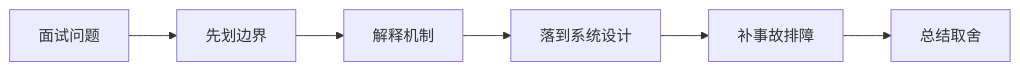
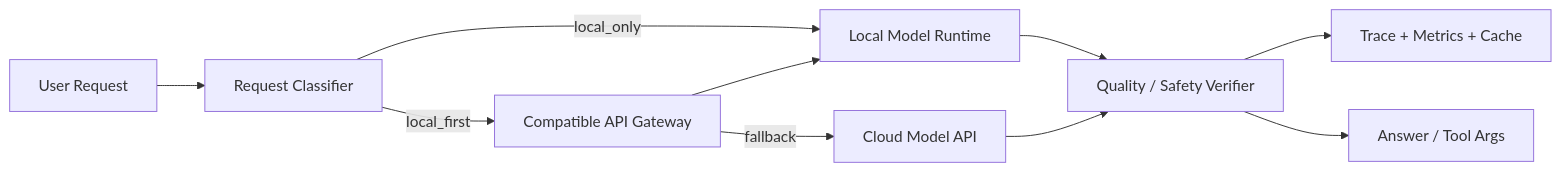
Before and after one commit to wumindc/for-work: the diagram in content/questions/q-local-ai-inference-stack-core.md, drawn with Mermaid. The commit also changed other lines of this file and 6 other files, not shown here.

````diff
--- a/content/questions/q-local-ai-inference-stack-core.md
+++ b/content/questions/q-local-ai-inference-stack-core.md
@@ -55,8 +23,12 @@
 ```mermaid
 flowchart LR
-  Q[面试问题] --> Boundary[先划边界]
-  Boundary --> Mechanism[解释机制]
-  Mechanism --> Design[落到系统设计]
-  Design --> Incident[补事故排障]
-  Incident --> Tradeoff[总结取舍]
+  Request[User Request] --> Classifier[Request Classifier]
+  Classifier -->|local_only| Local[Local Model Runtime]
+  Classifier -->|local_first| Gateway[Compatible API Gateway]
+  Gateway --> Local
+  Gateway -->|fallback| Cloud[Cloud Model API]
+  Local --> Verifier[Quality / Safety Verifier]
+  Cloud --> Verifier
+  Verifier --> State[Trace + Metrics + Cache]
+  Verifier --> Answer[Answer / Tool Args]
 ```
````
